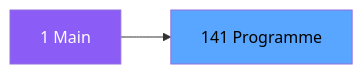
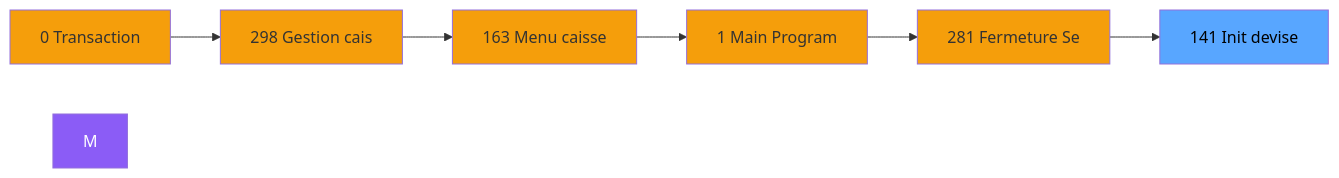
One commit to thonyAGP/magic-migration changed the second of 3 diagrams in .openspec/specs/ADH-IDE-141.md. Above: the diagram before and after it, drawn with Mermaid. The commit also changed other lines of this file and 323 other files, not shown here.

````diff
--- a/.openspec/specs/ADH-IDE-141.md
+++ b/.openspec/specs/ADH-IDE-141.md
@@ -102,8 +109,21 @@
 ```mermaid
 graph LR
-    M[1 Main]
-    T[141 Programme]
-    M --> T
+    N0[0 Transaction ]
+    N298[298 Gestion cais]
+    N163[163 Menu caisse ]
+    N1[1 Main Program]
+    N281[281 Fermeture Se]
+    T[141 Init devise ]
+    N0 --> N298
+    N298 --> N163
+    N163 --> N1
+    N1 --> N281
+    N281 --> T
     style M fill:#8b5cf6,color:#fff
+    style N0 fill:#f59e0b
+    style N298 fill:#f59e0b
+    style N163 fill:#f59e0b
+    style N1 fill:#f59e0b
+    style N281 fill:#f59e0b
     style T fill:#58a6ff,color:#000
 ```
````
